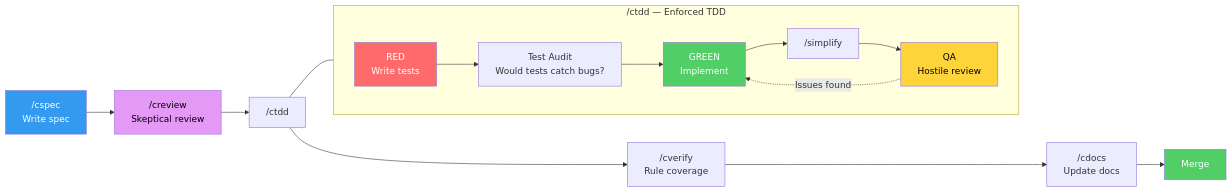
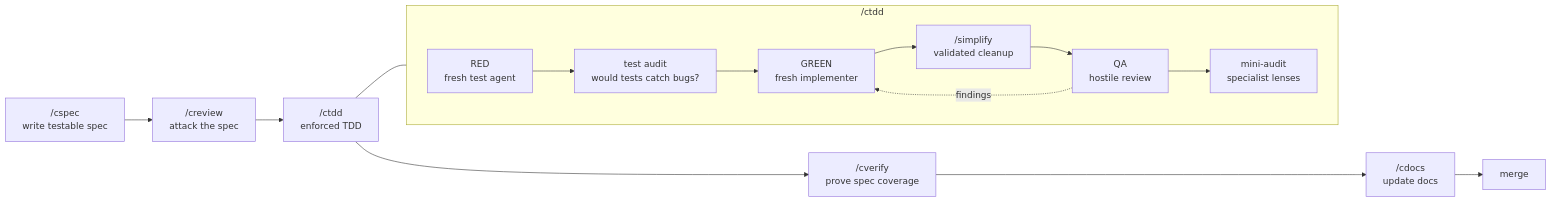
One commit to joshft/correctless changed the first of 2 diagrams in README.md. Above: the diagram before and after it, drawn with Mermaid. The commit also changed other lines of this file, not shown here.

````diff
--- a/README.md
+++ b/README.md
@@ -91,26 +105,20 @@
 ```mermaid
 graph LR
-    A["/cspec<br/>Write spec"] --> B["/creview<br/>Skeptical review"]
-    B --> C["/ctdd"]
-    C --> D["/cverify<br/>Rule coverage"]
-    D --> E["/cdocs<br/>Update docs"]
-    E --> F["Merge"]
+    A["/cspec<br/>write testable spec"] --> B["/creview<br/>attack the spec"]
+    B --> C["/ctdd<br/>enforced TDD"]
+    C --> D["/cverify<br/>prove spec coverage"]
+    D --> E["/cdocs<br/>update docs"]
+    E --> F["merge"]
 
-    subgraph "/ctdd — Enforced TDD"
+    subgraph TDD["/ctdd"]
         direction LR
-        C1["RED<br/>Write tests"] --> C2["Test Audit<br/>Would tests catch bugs?"]
-        C2 --> C3["GREEN<br/>Implement"]
-        C3 --> C4["/simplify"]
-        C4 --> C5["QA<br/>Hostile review"]
-        C5 -.->|"Issues found"| C3
+        C1["RED<br/>fresh test agent"] --> C2["test audit<br/>would tests catch bugs?"]
+        C2 --> C3["GREEN<br/>fresh implementer"]
+        C3 --> C4["/simplify<br/>validated cleanup"]
+        C4 --> C5["QA<br/>hostile review"]
+        C5 --> C6["mini-audit<br/>specialist lenses"]
+        C5 -.->|"findings"| C3
     end
 
     C --- C1
-
-    style A fill:#339af0,color:#fff
-    style B fill:#e599f7,color:#000
-    style C1 fill:#ff6b6b,color:#fff
-    style C3 fill:#51cf66,color:#fff
-    style C5 fill:#ffd43b,color:#000
-    style F fill:#51cf66,color:#fff
 ```
````
